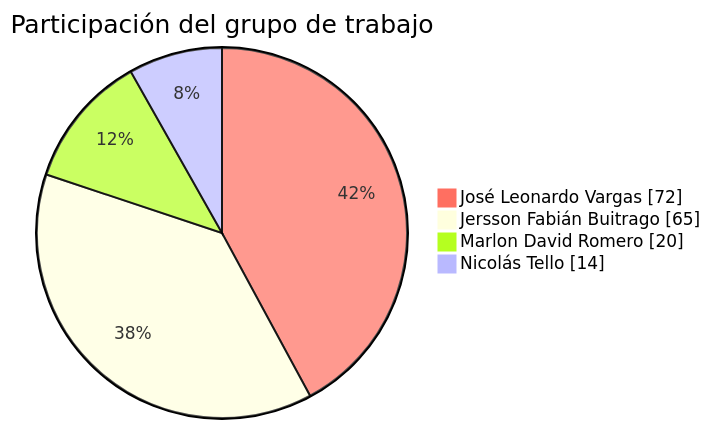
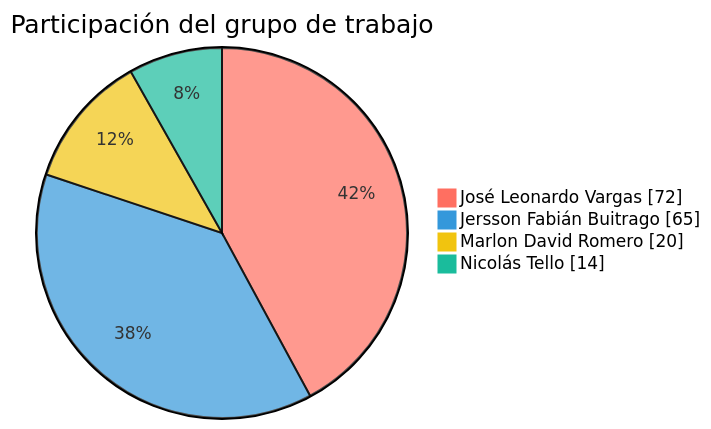
One commit to FarmaExpres/FarmaExpres changed the first of 2 diagrams in README.md. Above: the diagram before and after it, drawn with Mermaid. The commit also changed 1 other file, not shown here.

Commit message:
kpi: apply visible color palette to pie chart and update script

````diff
--- a/README.md
+++ b/README.md
@@ -314,9 +314,9 @@
 ```mermaid
-%%{init: {"themeVariables": {"pie1": "#ff6f61"}}}%%
+%%{init: {"themeVariables": {"pie1": "#ff6f61", "pie2": "#3498db", "pie3": "#f1c40f", "pie4": "#1abc9c"}}}%%
 pie showData
     title Participación del grupo de trabajo
     "José Leonardo Vargas" : 72
     "Jersson Fabián Buitrago" : 65
     "Marlon David Romero" : 20
     "Nicolás Tello" : 14
 ```
````
